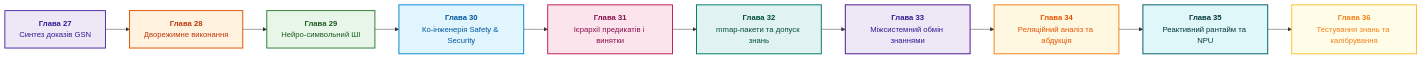
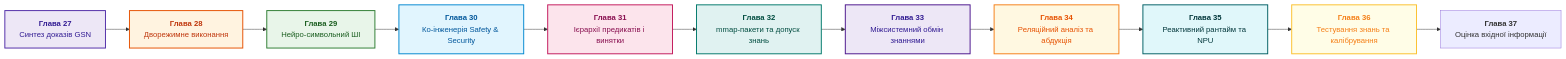
Before and after one commit to nick-fedchik/articles: the diagram in ExpertSystem/part-06-frontiers-neuro-symbolic.md, drawn with Mermaid. The commit also changed other lines of this file and 12 other files, not shown here.

````diff
--- a/ExpertSystem/part-06-frontiers-neuro-symbolic.md
+++ b/ExpertSystem/part-06-frontiers-neuro-symbolic.md
@@ -22,37 +22,38 @@
 ```mermaid
 flowchart LR
     accTitle: Кульмінація технологій у Частині VI
     accDescr: Від синтезу сертифікаційних доказів GSN через дворежимне виконання та нейро-символьний ШІ до ко-інженерії, силогістичного рушія та бінарних mmap-пакетів.
 
     GSN["<b>Глава 27</b><br/>Синтез доказів GSN"] --> DUAL["<b>Глава 28</b><br/>Дворежимне виконання"]
     DUAL --> NESY["<b>Глава 29</b><br/>Нейро-символьний ШІ"]
     NESY --> COENG["<b>Глава 30</b><br/>Ко-інженерія Safety & Security"]
     COENG --> SYLLOG["<b>Глава 31</b><br/>Ієрархії предикатів і винятки"]
     SYLLOG --> MMAP["<b>Глава 32</b><br/>mmap-пакети та допуск знань"]
     MMAP --> XCHG["<b>Глава 33</b><br/>Міжсистемний обмін знаннями"]
     XCHG --> ABD["<b>Глава 34</b><br/>Реляційний аналіз та абдукція"]
     ABD --> REACT["<b>Глава 35</b><br/>Реактивний рантайм та NPU"]
     REACT --> TEST["<b>Глава 36</b><br/>Тестування знань та калібрування"]
+    TEST --> INPUT["<b>Глава 37</b><br/>Оцінка вхідної інформації"]
 
     classDef gsn fill:#ede7f6,stroke:#512da8,stroke-width:2px,color:#311b92;
     classDef dual fill:#fff3e0,stroke:#e65100,stroke-width:2px,color:#bf360c;
     classDef nesy fill:#e8f5e9,stroke:#2e7d32,stroke-width:2px,color:#1b5e20;
     classDef coeng fill:#e1f5fe,stroke:#0288d1,stroke-width:2px,color:#01579b;
     classDef syllog fill:#fce4ec,stroke:#c2185b,stroke-width:2px,color:#880e4f;
     classDef mmap fill:#e0f2f1,stroke:#00796b,stroke-width:2px,color:#004d40;
     classDef xchg fill:#ede7f6,stroke:#4a148c,stroke-width:2px,color:#311b92;
     classDef abd fill:#fff8e1,stroke:#f57f17,stroke-width:2px,color:#e65100;
     classDef react fill:#e0f7fa,stroke:#006064,stroke-width:2px,color:#00363a;
     classDef test fill:#fffde7,stroke:#fbc02d,stroke-width:2px,color:#f57f17;
 
     class GSN gsn;
     class DUAL dual;
     class NESY nesy;
     class COENG coeng;
     class SYLLOG syllog;
     class MMAP mmap;
     class XCHG xchg;
     class ABD abd;
     class REACT react;
     class TEST test;
 ```
````
